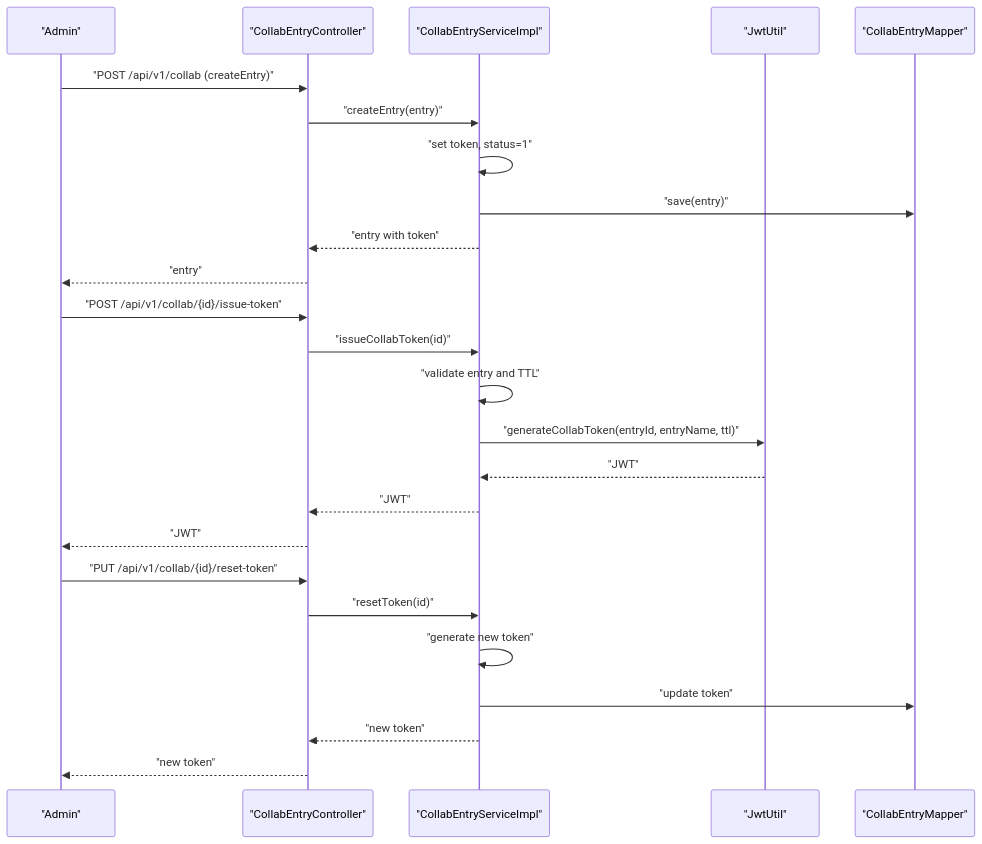
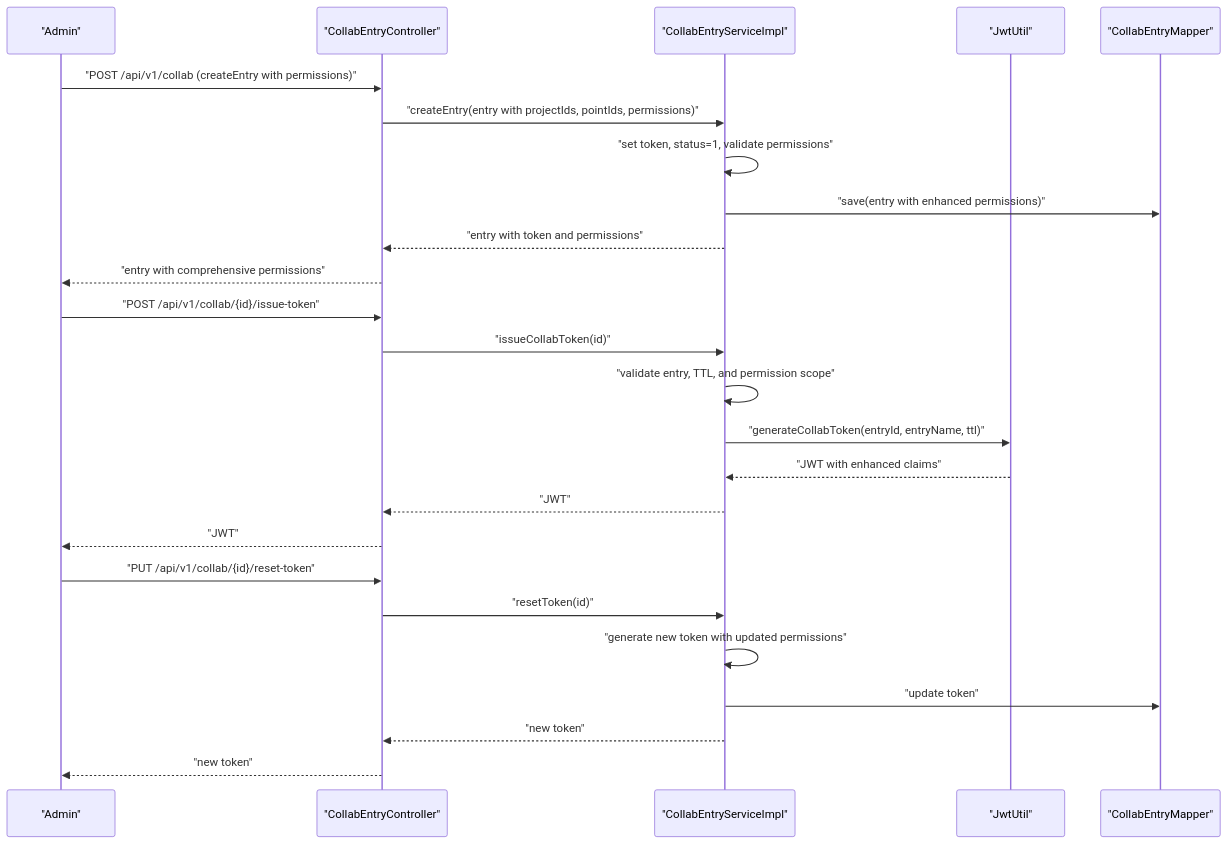
The fourth of 6 diagrams in .qoder/repowiki/en/content/Authentication & Authorization/Collaboration Tokens.md (bo961386926/Survey-App), drawn with Mermaid before and after one commit. The commit also changed other lines of this file and 25 other files, not shown here.

````diff
--- a/.qoder/repowiki/en/content/Authentication & Authorization/Collaboration Tokens.md
+++ b/.qoder/repowiki/en/content/Authentication & Authorization/Collaboration Tokens.md
@@ -204,27 +236,27 @@
 ```mermaid
 sequenceDiagram
 participant Admin as "Admin"
 participant Ctl as "CollabEntryController"
 participant Svc as "CollabEntryServiceImpl"
 participant Util as "JwtUtil"
 participant DB as "CollabEntryMapper"
-Admin->>Ctl : "POST /api/v1/collab (createEntry)"
-Ctl->>Svc : "createEntry(entry)"
-Svc->>Svc : "set token, status=1"
-Svc->>DB : "save(entry)"
-Svc-->>Ctl : "entry with token"
-Ctl-->>Admin : "entry"
+Admin->>Ctl : "POST /api/v1/collab (createEntry with permissions)"
+Ctl->>Svc : "createEntry(entry with projectIds, pointIds, permissions)"
+Svc->>Svc : "set token, status=1, validate permissions"
+Svc->>DB : "save(entry with enhanced permissions)"
+Svc-->>Ctl : "entry with token and permissions"
+Ctl-->>Admin : "entry with comprehensive permissions"
 Admin->>Ctl : "POST /api/v1/collab/{id}/issue-token"
 Ctl->>Svc : "issueCollabToken(id)"
-Svc->>Svc : "validate entry and TTL"
+Svc->>Svc : "validate entry, TTL, and permission scope"
 Svc->>Util : "generateCollabToken(entryId, entryName, ttl)"
-Util-->>Svc : "JWT"
+Util-->>Svc : "JWT with enhanced claims"
 Svc-->>Ctl : "JWT"
 Ctl-->>Admin : "JWT"
 Admin->>Ctl : "PUT /api/v1/collab/{id}/reset-token"
 Ctl->>Svc : "resetToken(id)"
-Svc->>Svc : "generate new token"
+Svc->>Svc : "generate new token with updated permissions"
 Svc->>DB : "update token"
 Svc-->>Ctl : "new token"
 Ctl-->>Admin : "new token"
 ```
````
